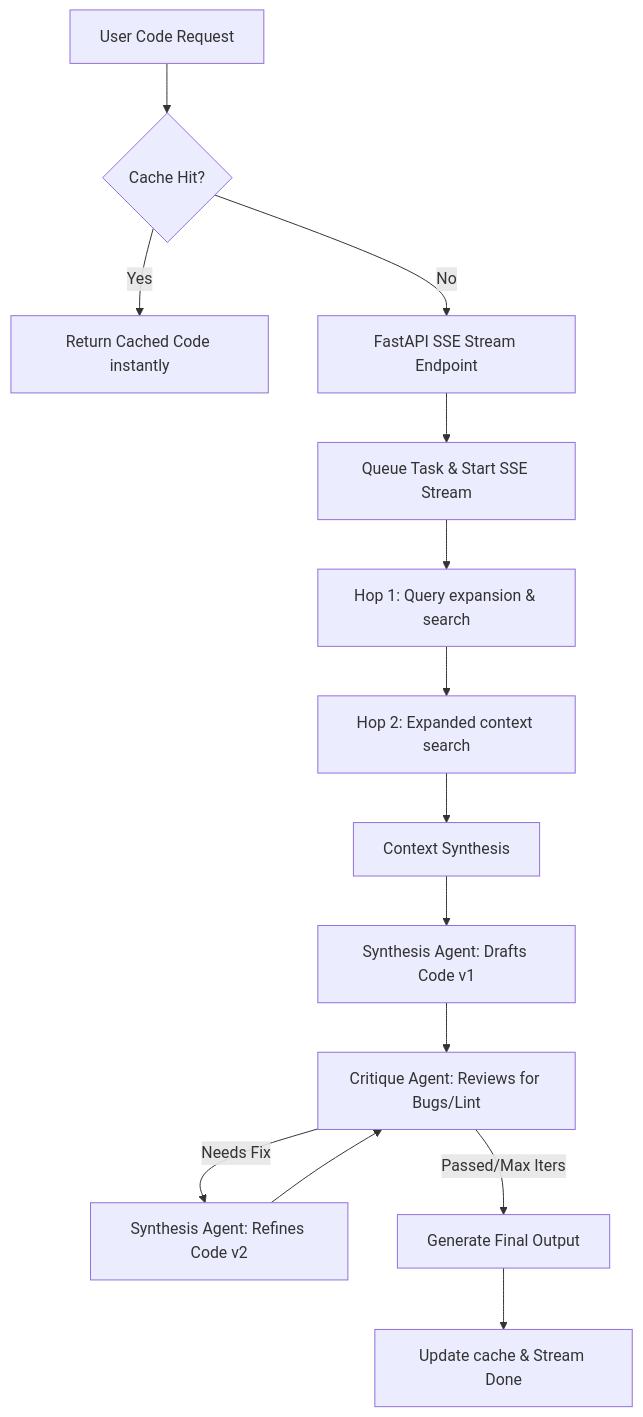
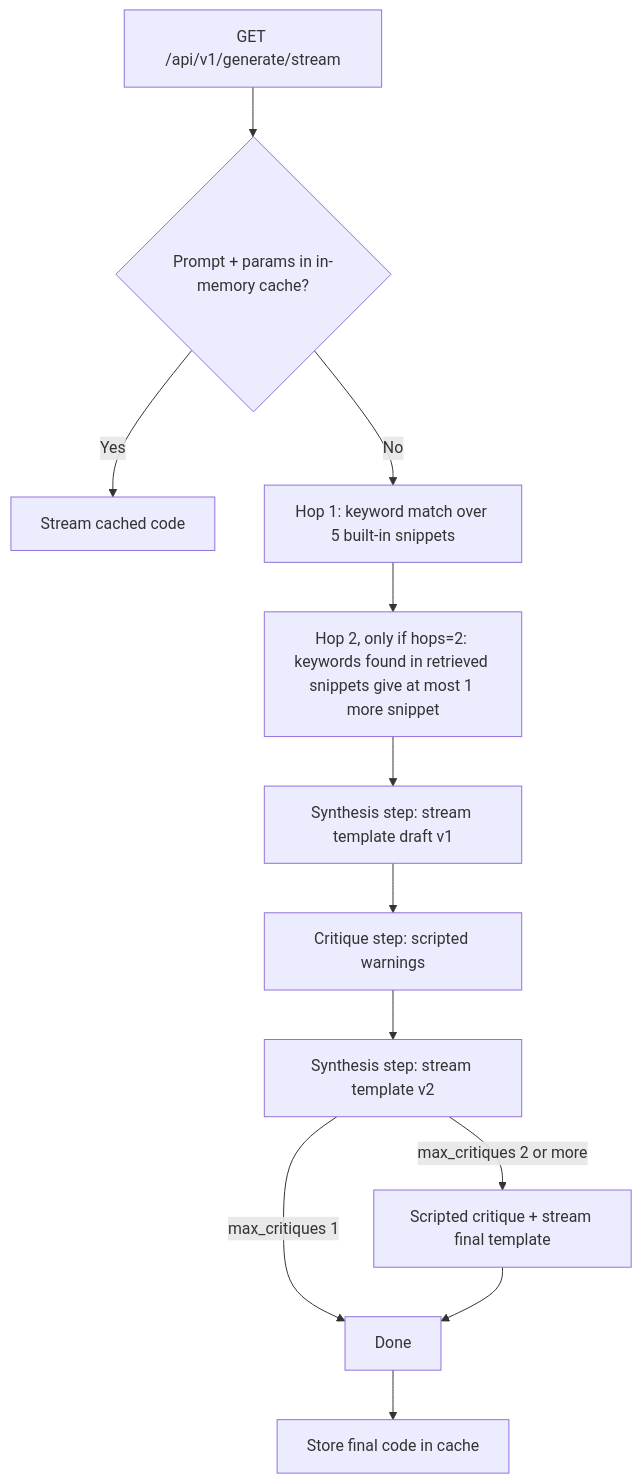
One commit to Charanloyal/Multi-agent-llm-code-generator changed the diagram in README.md. Above: the diagram before and after it, drawn with Mermaid. The commit also changed other lines of this file and 2 other files, not shown here.

````diff
--- a/README.md
+++ b/README.md
@@ -14,20 +17,14 @@
 ```mermaid
 flowchart TD
-    A[User Code Request] --> B{Cache Hit?}
-    B -- Yes --> C[Return Cached Code instantly]
-    B -- No --> D[FastAPI SSE Stream Endpoint]
-    
-    D --> E[Queue Task & Start SSE Stream]
-    E --> F[Hop 1: Query expansion & search]
-    F --> G[Hop 2: Expanded context search]
-    G --> H[Context Synthesis]
-    
-    H --> I[Synthesis Agent: Drafts Code v1]
-    I --> J[Critique Agent: Reviews for Bugs/Lint]
-    
-    J -- Needs Fix --> K[Synthesis Agent: Refines Code v2]
-    K --> J
-    
-    J -- Passed/Max Iters --> L[Generate Final Output]
-    L --> M[Update cache & Stream Done]
+    A[GET /api/v1/generate/stream] --> B{"Prompt + params in in-memory cache?"}
+    B -- Yes --> C[Stream cached code]
+    B -- No --> F[Hop 1: keyword match over 5 built-in snippets]
+    F --> G["Hop 2, only if hops=2: keywords found in retrieved snippets give at most 1 more snippet"]
+    G --> I[Synthesis step: stream template draft v1]
+    I --> J["Critique step: scripted warnings"]
+    J --> K[Synthesis step: stream template v2]
+    K -->|"max_critiques 2 or more"| L[Scripted critique + stream final template]
+    K -->|"max_critiques 1"| M[Done]
+    L --> M
+    M --> N[Store final code in cache]
 ```
````
